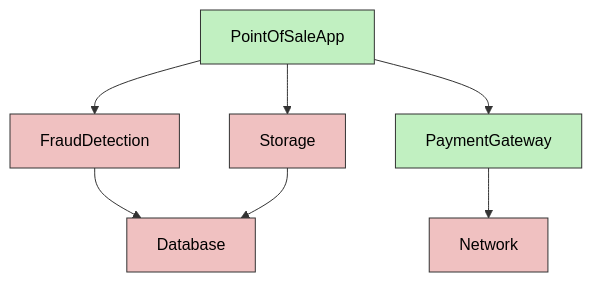
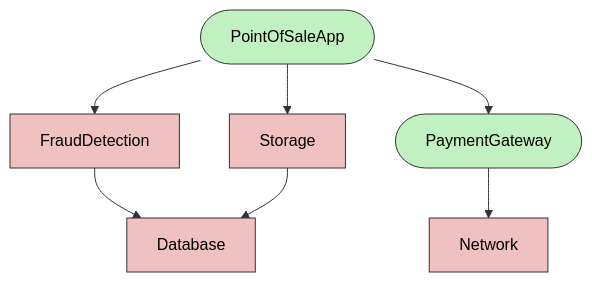
Before and after one commit to mhevery/testability-mindset: the diagram in chapters/01_kind_of_code.md, drawn with Mermaid. The commit also changed other lines of this file, not shown here.

````diff
--- a/chapters/01_kind_of_code.md
+++ b/chapters/01_kind_of_code.md
@@ -93,21 +93,21 @@
 ```mermaid
 graph TD
     App["PointOfSaleApp"]
     Payment["PaymentGateway"]
     DB["Database"]
     Fraud["FraudDetection"]
     Net["Network"]
     Storage["Storage"]
     App --> Storage
     App --> Fraud
     App --> Payment
     Payment --> Net
     Fraud --> DB
     Storage --> DB
 
-    classDef pure fill:#C1F0C1,stroke:#333,color:#000
-    classDef effect fill:#F0C1C1,stroke:#333,color:#000
+    classDef pure fill:#C1F0C1,stroke:#333,color:#000,stroke-width:1px,rx:30px,ry:30px
+    classDef effect fill:#F0C1C1,stroke:#333,color:#000,stroke-width:1px,rx:0px,ry:0px
 
     class App,Payment pure
     class DB,Fraud,Net,Storage effect
 ```
````
